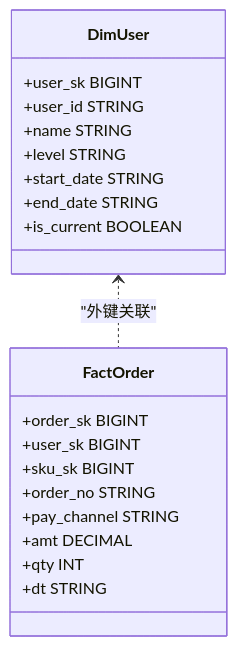
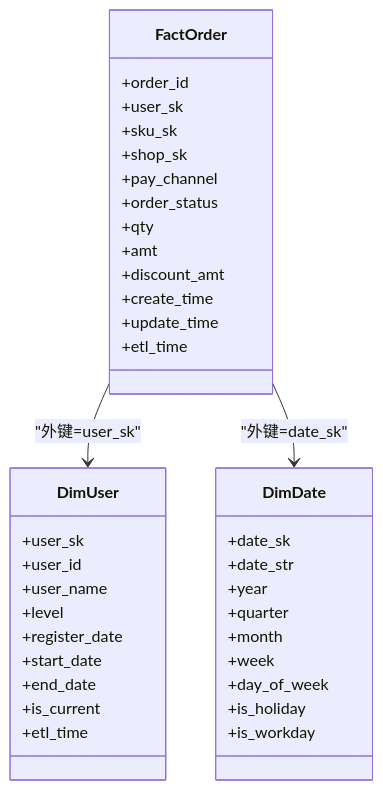
Before and after one commit to 13679659643/Data_Warehouse_Engineering: the third of 6 diagrams in .qoder/repowiki/zh/content/知识库系统/维度建模技巧.md, drawn with Mermaid. The commit also changed other lines of this file and 88 other files, not shown here.

````diff
--- a/.qoder/repowiki/zh/content/知识库系统/维度建模技巧.md
+++ b/.qoder/repowiki/zh/content/知识库系统/维度建模技巧.md
@@ -140,23 +121,41 @@
 ```mermaid
 classDiagram
+class FactOrder {
++order_id
++user_sk
++sku_sk
++shop_sk
++pay_channel
++order_status
++qty
++amt
++discount_amt
++create_time
++update_time
++etl_time
+}
 class DimUser {
-+user_sk BIGINT
-+user_id STRING
-+name STRING
-+level STRING
-+start_date STRING
-+end_date STRING
-+is_current BOOLEAN
++user_sk
++user_id
++user_name
++level
++register_date
++start_date
++end_date
++is_current
++etl_time
 }
-class FactOrder {
-+order_sk BIGINT
-+user_sk BIGINT
-+sku_sk BIGINT
-+order_no STRING
-+pay_channel STRING
-+amt DECIMAL
-+qty INT
-+dt STRING
+class DimDate {
++date_sk
++date_str
++year
++quarter
++month
++week
++day_of_week
++is_holiday
++is_workday
 }
-DimUser <.. FactOrder : "外键关联"
+FactOrder --> DimUser : "外键=user_sk"
+FactOrder --> DimDate : "外键=date_sk"
 ```
````
